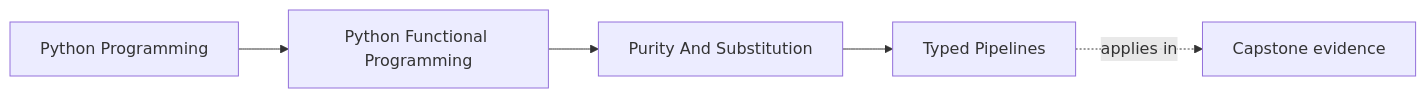
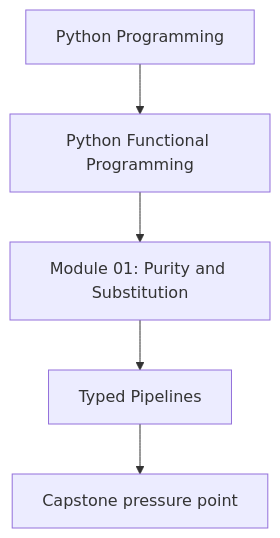
The first of 2 diagrams in programs/python-programming/python-functional-programming/course-book/module-01-purity-and-substitution/typed-pipelines.md (bijux/bijux-masterclass), drawn with Mermaid before and after one commit. The commit also changed other lines of this file and 118 other files, not shown here.

Commit message:
docs(python-functional-programming): align concept page diagrams

````diff
--- a/programs/python-programming/python-functional-programming/course-book/module-01-purity-and-substitution/typed-pipelines.md
+++ b/programs/python-programming/python-functional-programming/course-book/module-01-purity-and-substitution/typed-pipelines.md
@@ -7,11 +7,7 @@
 ```mermaid
-graph LR
-  family["Python Programming"]
-  program["Python Functional Programming"]
-  section["Purity And Substitution"]
-  page["Typed Pipelines"]
-  capstone["Capstone evidence"]
-
-  family --> program --> section --> page
-  page -.applies in.-> capstone
+flowchart TD
+  family["Python Programming"] --> program["Python Functional Programming"]
+  program --> module["Module 01: Purity and Substitution"]
+  module --> concept["Typed Pipelines"]
+  concept --> capstone["Capstone pressure point"]
 ```
````
